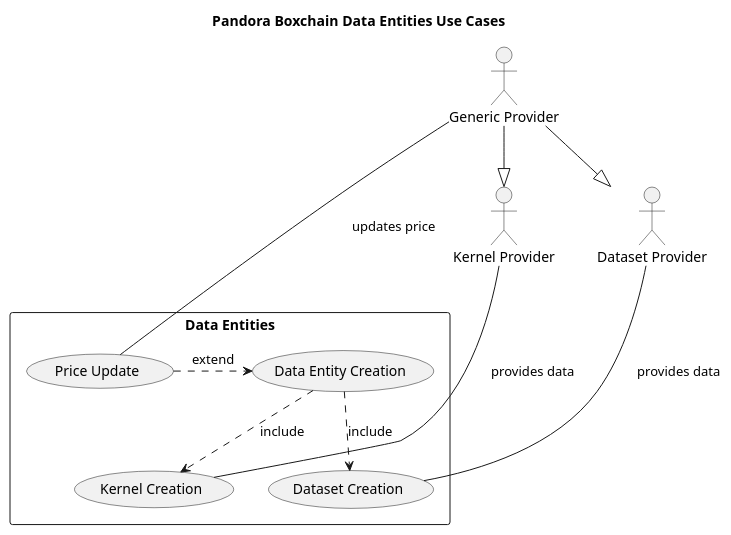
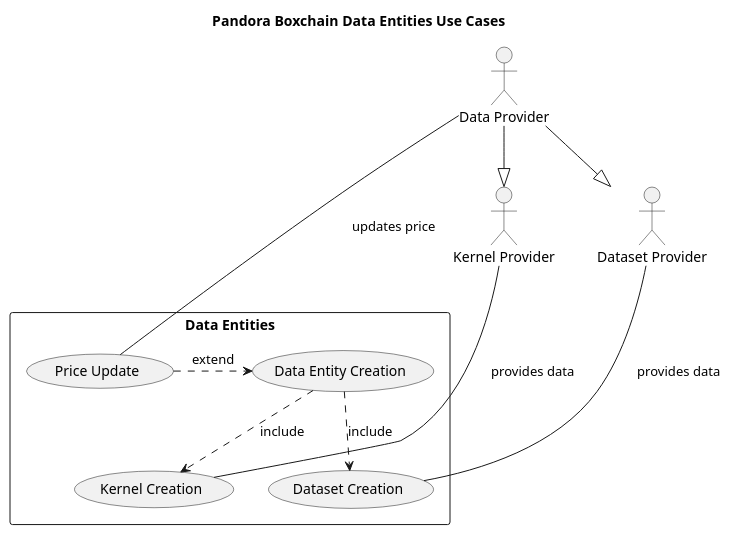
Before and after one commit to pandoraboxchain/pocw-techspecs: the diagram in use_cases_data_entities.plantuml, drawn with PlantUML.

```diff
--- a/use_cases_data_entities.plantuml
+++ b/use_cases_data_entities.plantuml
@@ -1,28 +1,28 @@
 @startuml
 'left to right direction
 skinparam packageStyle rectangle
 
 title Pandora Boxchain Data Entities Use Cases
 
-actor :Generic Provider: as GP
+actor :Data Provider: as GP
 actor :Kernel Provider: as KP
 actor :Dataset Provider: as DP
 
 GP --|> KP
 GP --|> DP
 
 rectangle "Data Entities" {
   usecase (Data Entity Creation) as newData
   usecase (Kernel Creation) as newKernel
   usecase (Dataset Creation) as newDataset
   usecase (Price Update) as priceUpdate
 
   newData ..> newKernel: include
   newData ..> newDataset: include
   priceUpdate .> newData: extend
 
   GP --- (priceUpdate): updates price
   KP -- (newKernel): provides data
   DP -- (newDataset): provides data
 }
 @enduml
```
